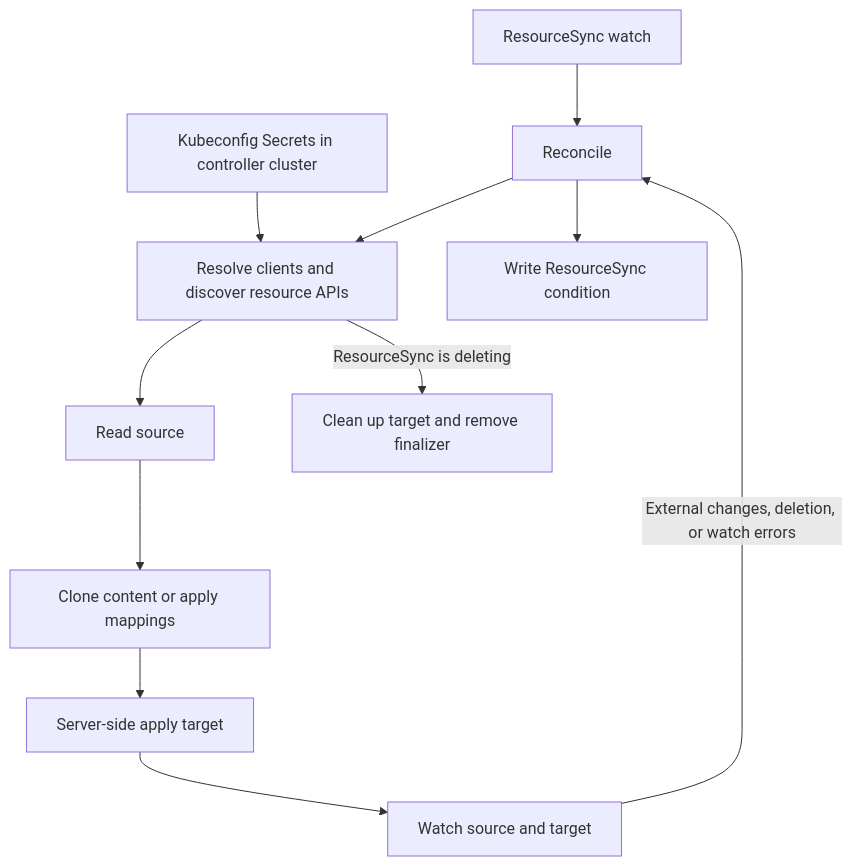
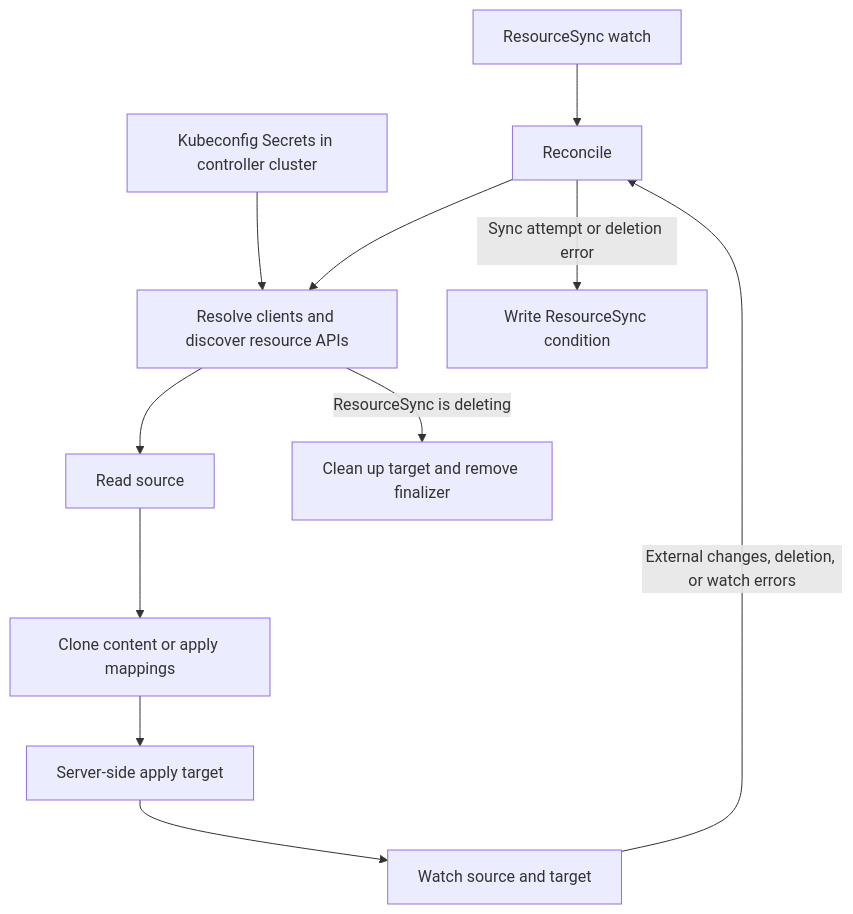
Before and after one commit to influxdata/sinker: the diagram in README.md, drawn with Mermaid. The commit also changed other lines of this file and 1 other file, not shown here.

First line of the commit message:
fix: set `ResourceSyncFailing` only after first sync (#289)

````diff
--- a/README.md
+++ b/README.md
@@ -360,13 +360,13 @@
 ```mermaid
 flowchart TD
     RS[ResourceSync watch] --> R[Reconcile]
     K[Kubeconfig Secrets in controller cluster] --> C[Resolve clients and discover resource APIs]
     R --> C
     C --> S[Read source]
     S --> M[Clone content or apply mappings]
     M --> T[Server-side apply target]
     T --> W[Watch source and target]
     W -->|External changes, deletion, or watch errors| R
-    R --> ST[Write ResourceSync condition]
+    R -->|Sync attempt or deletion error| ST[Write ResourceSync condition]
     C -->|ResourceSync is deleting| D[Clean up target and remove finalizer]
 ```
````
